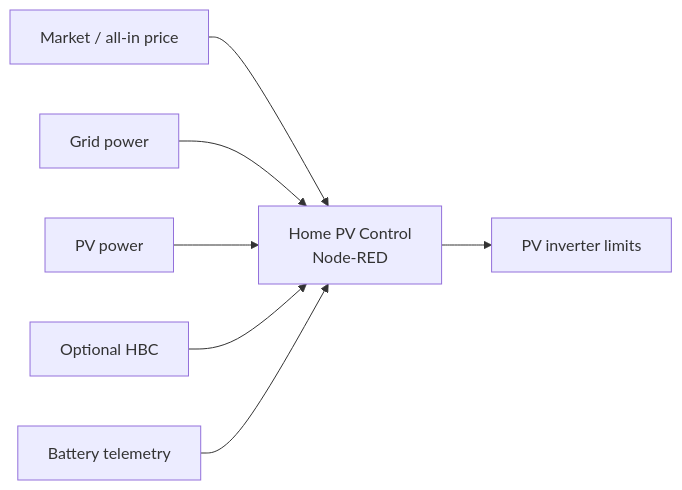
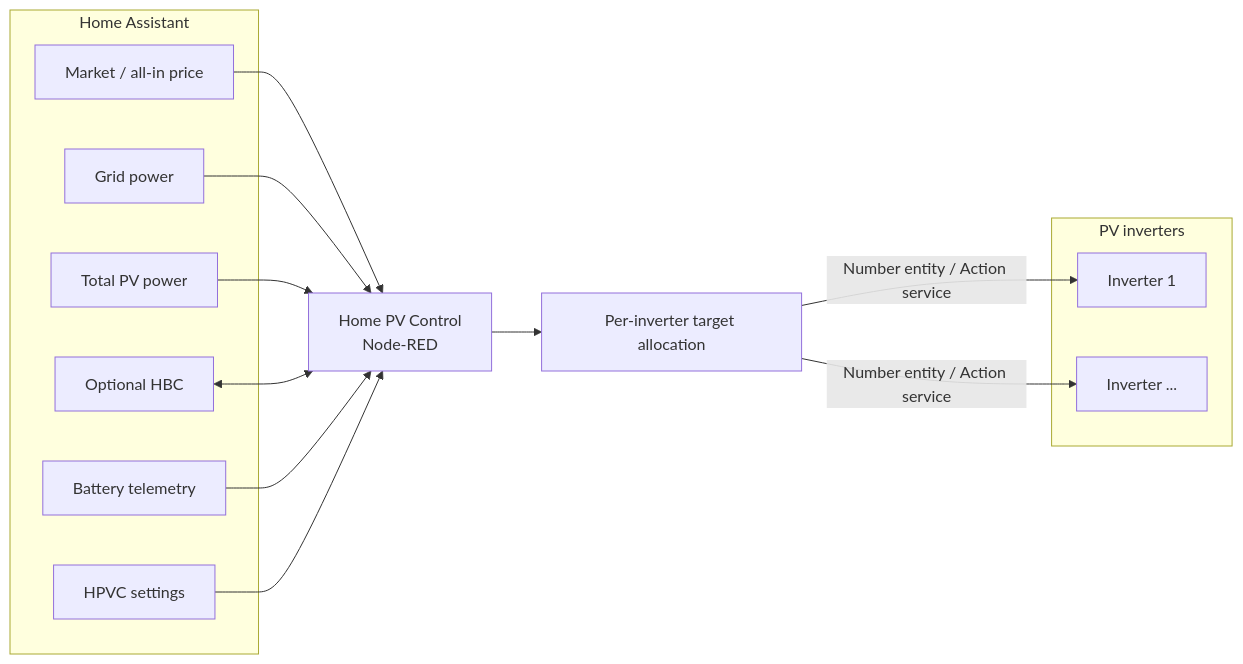
The diagram in README.md (BioPC/home-pv-control), drawn with Mermaid before and after one commit. The commit also changed other lines of this file and 2 other files, not shown here.

````diff
--- a/README.md
+++ b/README.md
@@ -236,17 +186,31 @@
 ```mermaid
 flowchart LR
-    PRICE[Market / all-in price]
-    GRID[Grid power]
-    PV[PV power]
-    HBC[Optional HBC]
-    BAT[Battery telemetry]
+    subgraph HA["Home Assistant"]
+        PRICE["Market / all-in price"]
+        GRID["Grid power"]
+        PV["Total PV power"]
+        HBC["Optional HBC"]
+        BAT["Battery telemetry"]
+        CFG["HPVC settings"]
+    end
+
     HPVC["Home PV Control<br/>Node-RED"]
-    LIMITS[PV inverter limits]
+
+    ALLOC["Per-inverter target allocation"]
+
+    subgraph INV["PV inverters"]
+        INV1["Inverter 1"]
+        INVN["Inverter ..."]
+    end
 
     PRICE --> HPVC
     GRID --> HPVC
     PV --> HPVC
-    HBC --> HPVC
+    HBC <--> HPVC
     BAT --> HPVC
-    HPVC --> LIMITS
+    CFG --> HPVC
+
+    HPVC --> ALLOC
+    ALLOC -->|"Number entity / Action service"| INV1
+    ALLOC -->|"Number entity / Action service"| INVN
 ```
````
